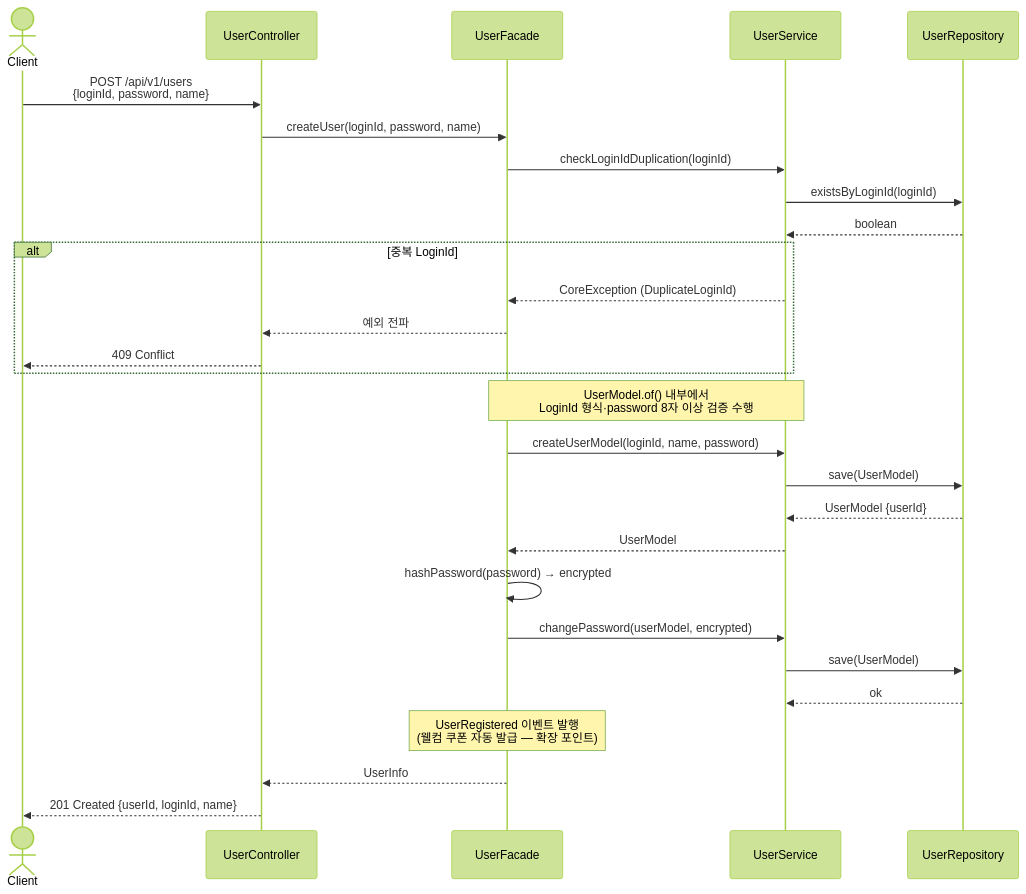
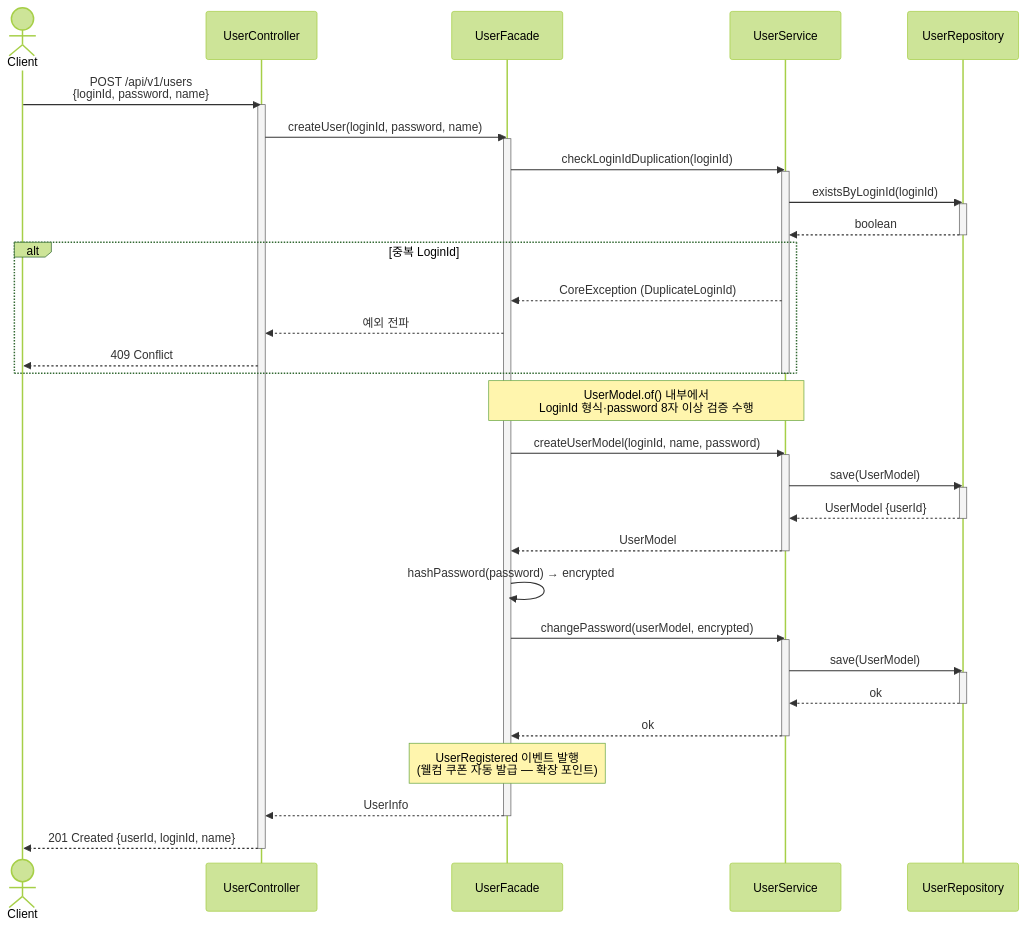
The first of 25 diagrams in .docs/design/02-sequence-diagrams.md (loopers-labs/loop-pack-be-l2-vol4-java), drawn with Mermaid (forest theme) before and after one commit. The commit also changed other lines of this file and 5 other files, not shown here.

````diff
--- a/.docs/design/02-sequence-diagrams.md
+++ b/.docs/design/02-sequence-diagrams.md
@@ -61,37 +62,55 @@
 ```mermaid
 sequenceDiagram
     actor Client
     participant UC as UserController
     participant UF as UserFacade
     participant US as UserService
     participant UR as UserRepository
 
     Client->>UC: POST /api/v1/users<br/>{loginId, password, name}
+    activate UC
 
     UC->>UF: createUser(loginId, password, name)
+    activate UF
 
     UF->>US: checkLoginIdDuplication(loginId)
+    activate US
     US->>UR: existsByLoginId(loginId)
+    activate UR
     UR-->>US: boolean
+    deactivate UR
     alt 중복 LoginId
         US-->>UF: CoreException (DuplicateLoginId)
         UF-->>UC: 예외 전파
         UC-->>Client: 409 Conflict
     end
+    deactivate US
 
     Note over UF,US: UserModel.of() 내부에서<br/>LoginId 형식·password 8자 이상 검증 수행
     UF->>US: createUserModel(loginId, name, password)
+    activate US
     US->>UR: save(UserModel)
+    activate UR
     UR-->>US: UserModel {userId}
+    deactivate UR
     US-->>UF: UserModel
+    deactivate US
 
     UF->>UF: hashPassword(password) → encrypted
+
     UF->>US: changePassword(userModel, encrypted)
+    activate US
     US->>UR: save(UserModel)
+    activate UR
     UR-->>US: ok
+    deactivate UR
+    US-->>UF: ok
+    deactivate US
 
     Note over UF: UserRegistered 이벤트 발행<br/>(웰컴 쿠폰 자동 발급 — 확장 포인트)
 
     UF-->>UC: UserInfo
+    deactivate UF
     UC-->>Client: 201 Created {userId, loginId, name}
+    deactivate UC
 ```
````
